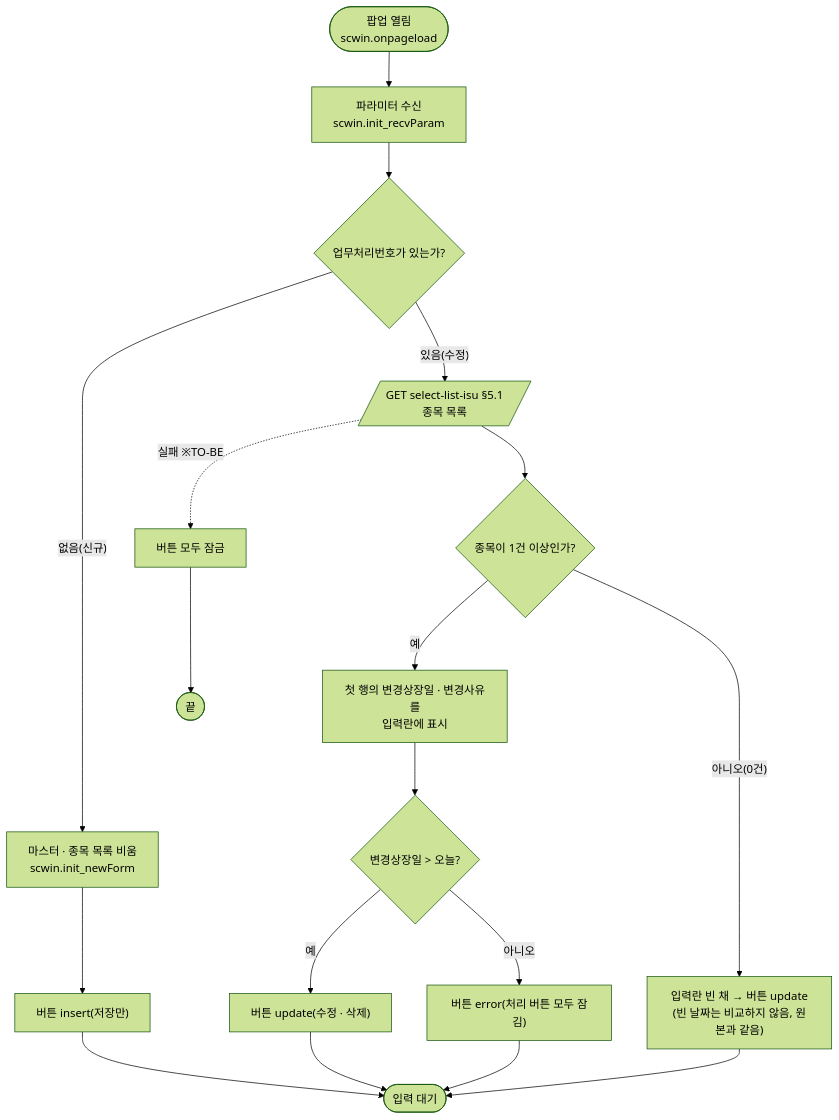
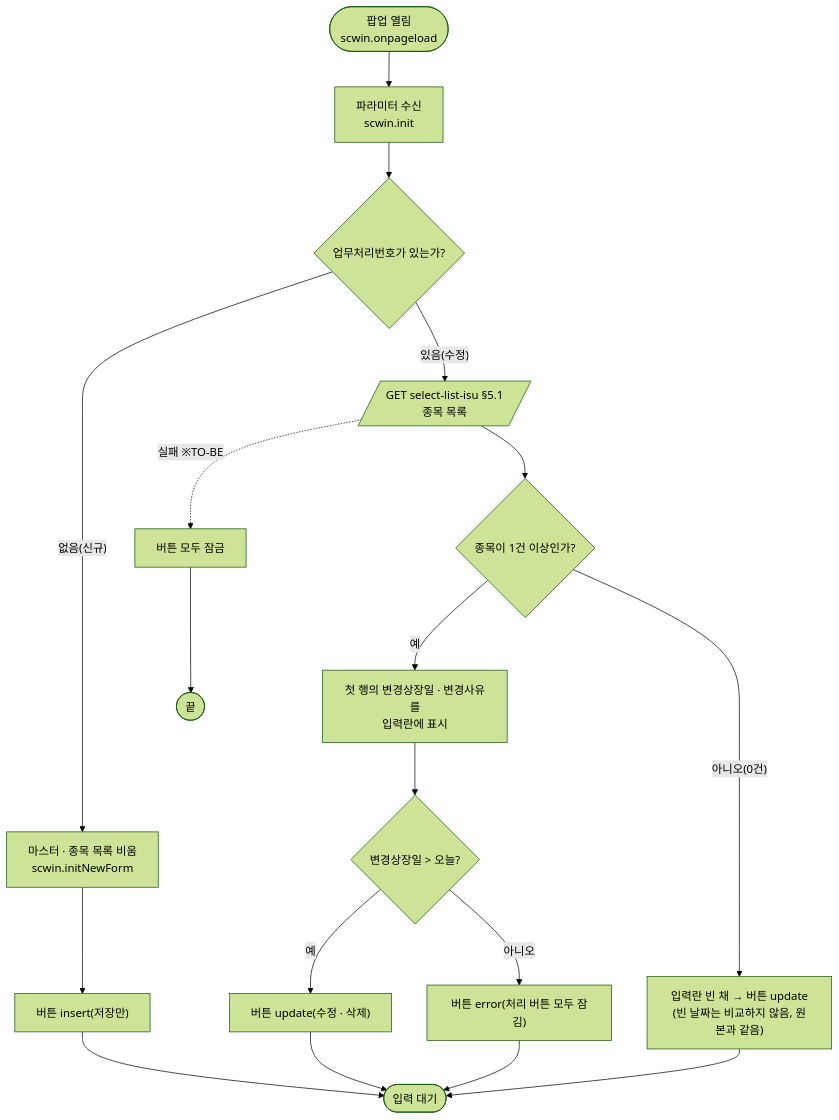
Before and after one commit to jcpark-alt/KRX_CRAFT: the second of 9 diagrams in conversion/gfm-front/ui/ULDSTF05911/ULDSTF05911.md, drawn with Mermaid (forest theme). The commit also changed other lines of this file and 3 other files, not shown here.

First line of the commit message:
refactor(gfm-front): ULDSTF05621·05911 TO-BE 전환 기준 정비 + scwin.init 통일

````diff
--- a/conversion/gfm-front/ui/ULDSTF05911/ULDSTF05911.md
+++ b/conversion/gfm-front/ui/ULDSTF05911/ULDSTF05911.md
@@ -96,15 +96,15 @@
 ```mermaid
 flowchart TD
-    S(["팝업 열림<br/>scwin.onpageload"]) --> P["파라미터 수신<br/>scwin.init_recvParam"]
+    S(["팝업 열림<br/>scwin.onpageload"]) --> P["파라미터 수신<br/>scwin.init"]
     P --> B{"업무처리번호가 있는가?"}
-    B -- "없음(신규)" --> N1["마스터 · 종목 목록 비움<br/>scwin.init_newForm"]
+    B -- "없음(신규)" --> N1["마스터 · 종목 목록 비움<br/>scwin.initNewForm"]
     N1 --> N2["버튼 insert(저장만)"] --> E1(["입력 대기"])
     B -- "있음(수정)" --> U1[/"GET select-list-isu §5.1<br/>종목 목록"/]
     U1 -. "실패 ※TO-BE" .-> U3["버튼 모두 잠금"] --> E2(["끝"])
     U1 --> U2{"종목이 1건 이상인가?"}
     U2 -- "예" --> U4["첫 행의 변경상장일 · 변경사유를<br/>입력란에 표시"]
     U2 -- "아니오(0건)" --> U8["입력란 빈 채 → 버튼 update<br/>(빈 날짜는 비교하지 않음, 원본과 같음)"] --> E1
     U4 --> U5{"변경상장일 > 오늘?"}
     U5 -- "예" --> U6["버튼 update(수정 · 삭제)"] --> E1
     U5 -- "아니오" --> U7["버튼 error(처리 버튼 모두 잠김)"] --> E1
 ```
````
